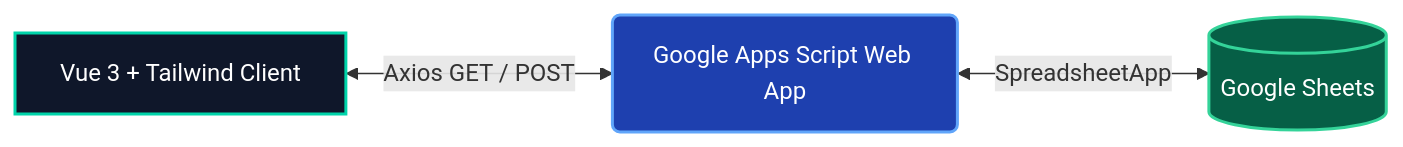
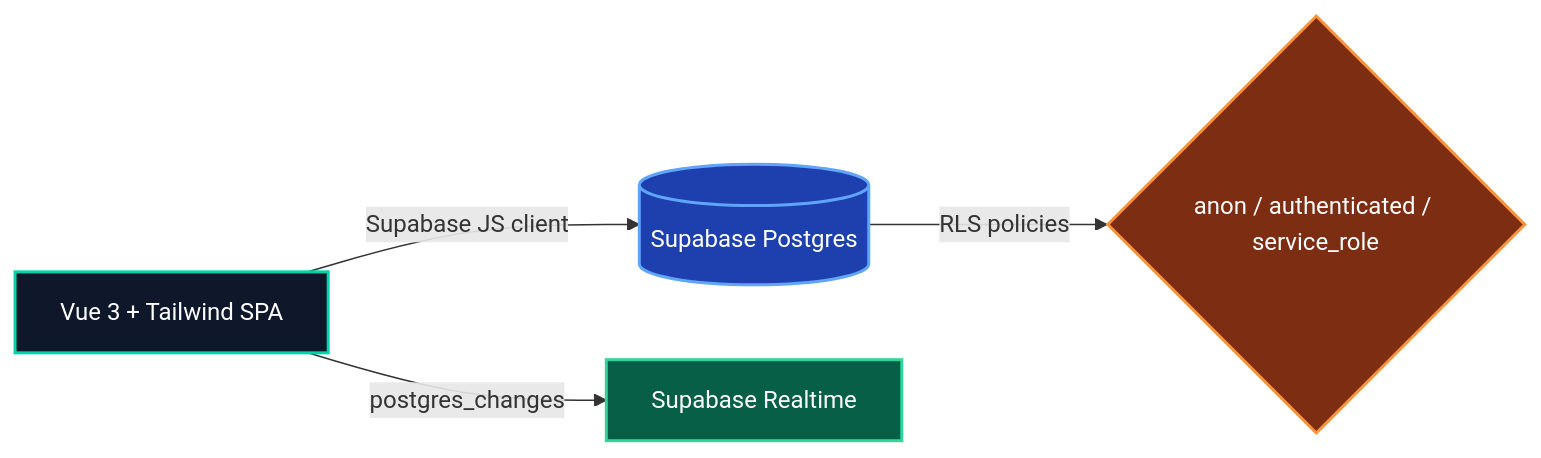
The diagram in README.md (suradet-ps/ptc-dashboard), drawn with Mermaid before and after one commit. The commit also changed other lines of this file, not shown here.

Commit message:
docs: rewrite main README for Supabase stack; add project structure + scripts sections

````diff
--- a/README.md
+++ b/README.md
@@ -51,9 +55,11 @@
 ```mermaid
 graph LR
-    A[Vue 3 + Tailwind Client] <-->|Axios GET / POST| B(Google Apps Script Web App)
-    B <-->|SpreadsheetApp| C[(Google Sheets)]
+    A[Vue 3 + Tailwind SPA] -->|Supabase JS client| B[(Supabase Postgres)]
+    A -->|postgres_changes| C[Supabase Realtime]
+    B -->|RLS policies| D{anon / authenticated / service_role}
 
     style A fill:#0f172a,stroke:#00d4aa,stroke-width:2px,color:#fff
     style B fill:#1e40af,stroke:#60a5fa,stroke-width:2px,color:#fff
     style C fill:#065f46,stroke:#34d399,stroke-width:2px,color:#fff
+    style D fill:#7c2d12,stroke:#fb923c,stroke-width:2px,color:#fff
 ```
````
